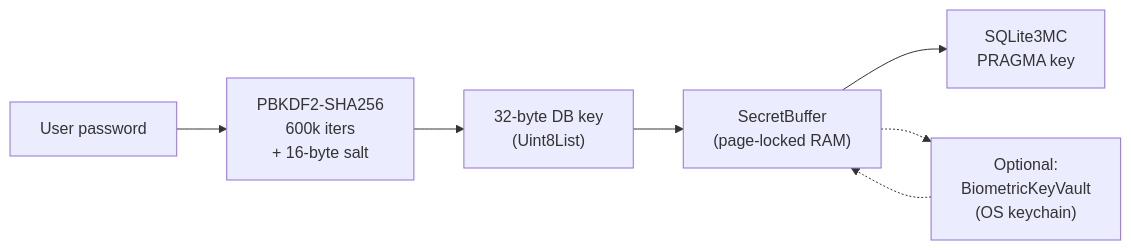
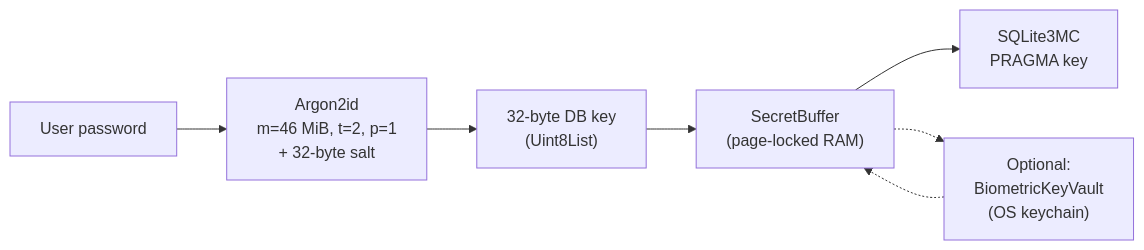
The third of 3 diagrams in docs/ARCHITECTURE.md (Llloooggg/LetsFLUTssh), drawn with Mermaid before and after one commit. The commit also changed other lines of this file and 40 other files, not shown here.

````diff
--- a/docs/ARCHITECTURE.md
+++ b/docs/ARCHITECTURE.md
@@ -639,9 +639,9 @@
 ```mermaid
 flowchart LR
-    A[User password] --> B["PBKDF2-SHA256<br/>600k iters<br/>+ 16-byte salt"]
+    A[User password] --> B["Argon2id<br/>m=46 MiB, t=2, p=1<br/>+ 32-byte salt"]
     B --> C["32-byte DB key<br/>(Uint8List)"]
     C --> D["SecretBuffer<br/>(page-locked RAM)"]
     D --> E[SQLite3MC<br/>PRAGMA key]
     D -.-> F["Optional:<br/>BiometricKeyVault<br/>(OS keychain)"]
     F -.-> D
 ```
````
